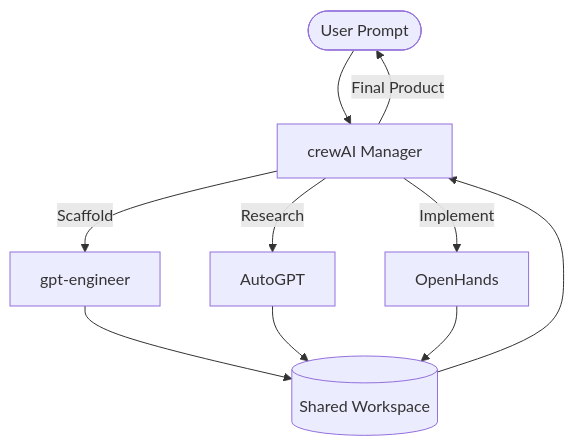
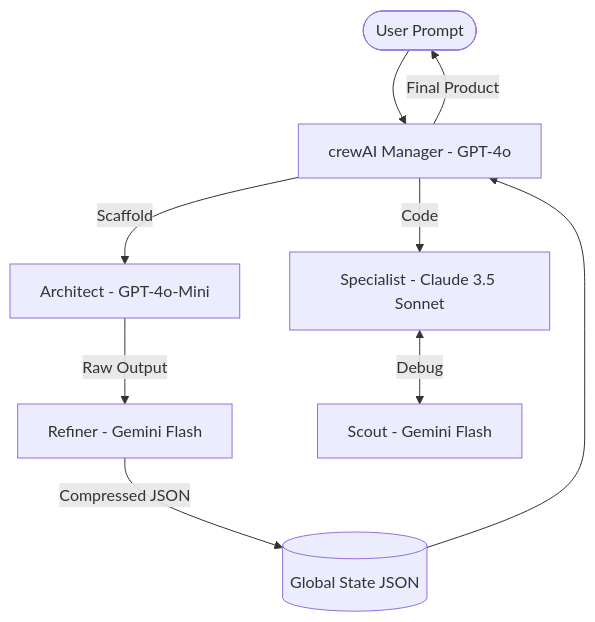
One commit to imranshiundu/AgentPrometheus changed the diagram in SYSTEM_ARCHITECTURE.md. Above: the diagram before and after it, drawn with Mermaid. The commit also changed other lines of this file and 4 other files, not shown here.

````diff
--- a/SYSTEM_ARCHITECTURE.md
+++ b/SYSTEM_ARCHITECTURE.md
@@ -31,14 +29,13 @@
 ```mermaid
 graph TD
-    User([User Prompt]) --> Manager[crewAI Manager]
-    Manager -->|Scaffold| GTE[gpt-engineer]
-    Manager -->|Research| AGPT[AutoGPT]
-    Manager -->|Implement| OH[OpenHands]
+    User([User Prompt]) --> Manager[crewAI Manager - GPT-4o]
+    Manager -->|Scaffold| Architect[Architect - GPT-4o-Mini]
+    Architect -->|Raw Output| Refiner[Refiner - Gemini Flash]
+    Refiner -->|Compressed JSON| WS[(Global State JSON)]
     
-    GTE --> WS[(Shared Workspace)]
-    AGPT --> WS
-    OH --> WS
+    Manager -->|Code| Specialist[Specialist - Claude 3.5 Sonnet]
+    Specialist <-->|Debug| Scout[Scout - Gemini Flash]
     
     WS --> Manager
     Manager -->|Final Product| User
 ```
````
